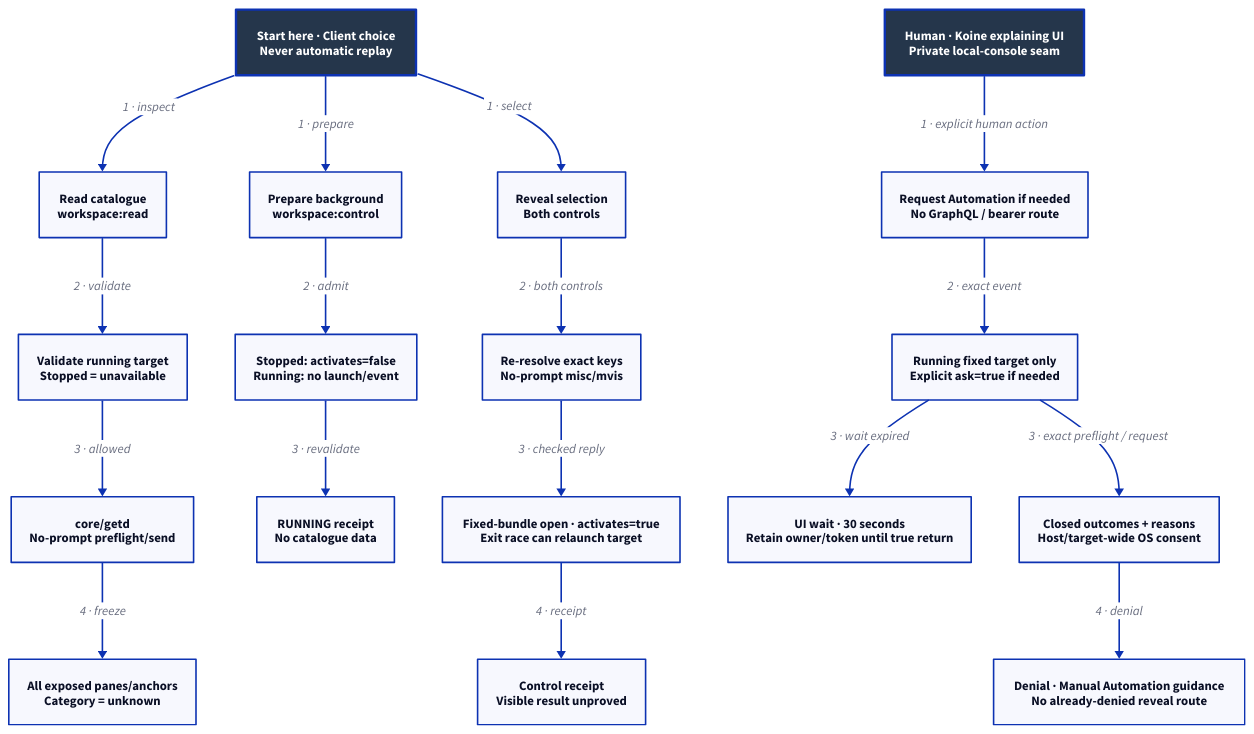
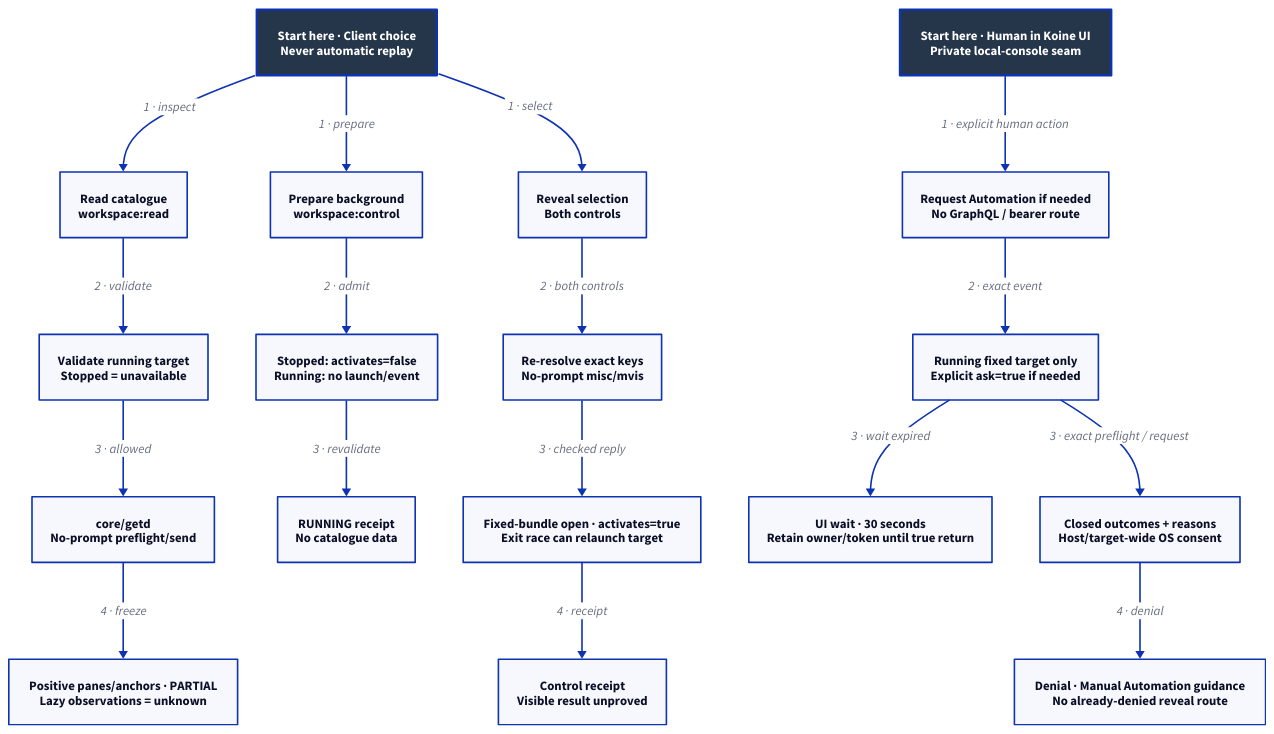
The diagram in docs/design/architecture/native-settings-flow.d2 (Linkuistics/Koine), drawn with D2 before and after one commit. The commit also changed 32 other files, not shown here.

```diff
--- a/docs/design/architecture/native-settings-flow.d2
+++ b/docs/design/architecture/native-settings-flow.d2
@@ -1,39 +1,39 @@
 # Three public choices and one human local-UI action; none invokes another.
 direction: down
 classes: {
   start: {style: {fill: "#25364B"; font-color: "#FFFFFF"; bold: true; stroke-width: 3}}
 }
 Start: "Start here · Client choice\nNever automatic replay" {class: start}
 Read: "Read catalogue\nworkspace:read"
 Prepare: "Prepare background\nworkspace:control"
-UI: "Human · Koine explaining UI\nPrivate local-console seam" {class: start}
+UI: "Start here · Human in Koine UI\nPrivate local-console seam" {class: start}
 Setup: "Request Automation if needed\nNo GraphQL / bearer route"
 Reveal: "Reveal selection\nBoth controls"
 Running: "Validate running target\nStopped = unavailable"
 NoPrompt: "core/getd\nNo-prompt preflight/send"
-Values: "All exposed panes/anchors\nCategory = unknown"
+Values: "Positive panes/anchors · PARTIAL\nLazy observations = unknown"
 Launch: "Stopped: activates=false\nRunning: no launch/event"
 Receipt: "RUNNING receipt\nNo catalogue data"
 Ask: "Running fixed target only\nExplicit ask=true if needed"
 Permission: "Closed outcomes + reasons\nHost/target-wide OS consent"
 Pending: "UI wait · 30 seconds\nRetain owner/token until true return"
 Remedy: "Denial · Manual Automation guidance\nNo already-denied reveal route"
 Select: "Re-resolve exact keys\nNo-prompt misc/mvis"
 Activation: "Fixed-bundle open · activates=true\nExit race can relaunch target"
 Acknowledgment: "Control receipt\nVisible result unproved"
 Start -> Read: "1 · inspect"
 Read -> Running: "2 · validate"
 Running -> NoPrompt: "3 · allowed"
 NoPrompt -> Values: "4 · freeze"
 Start -> Prepare: "1 · prepare"
 Prepare -> Launch: "2 · admit"
 Launch -> Receipt: "3 · revalidate"
 UI -> Setup: "1 · explicit human action"
 Setup -> Ask: "2 · exact event"
 Ask -> Permission: "3 · exact preflight / request"
 Ask -> Pending: "3 · wait expired"
 Permission -> Remedy: "4 · denial"
 Start -> Reveal: "1 · select"
 Reveal -> Select: "2 · both controls"
 Select -> Activation: "3 · checked reply"
 Activation -> Acknowledgment: "4 · receipt"
```
